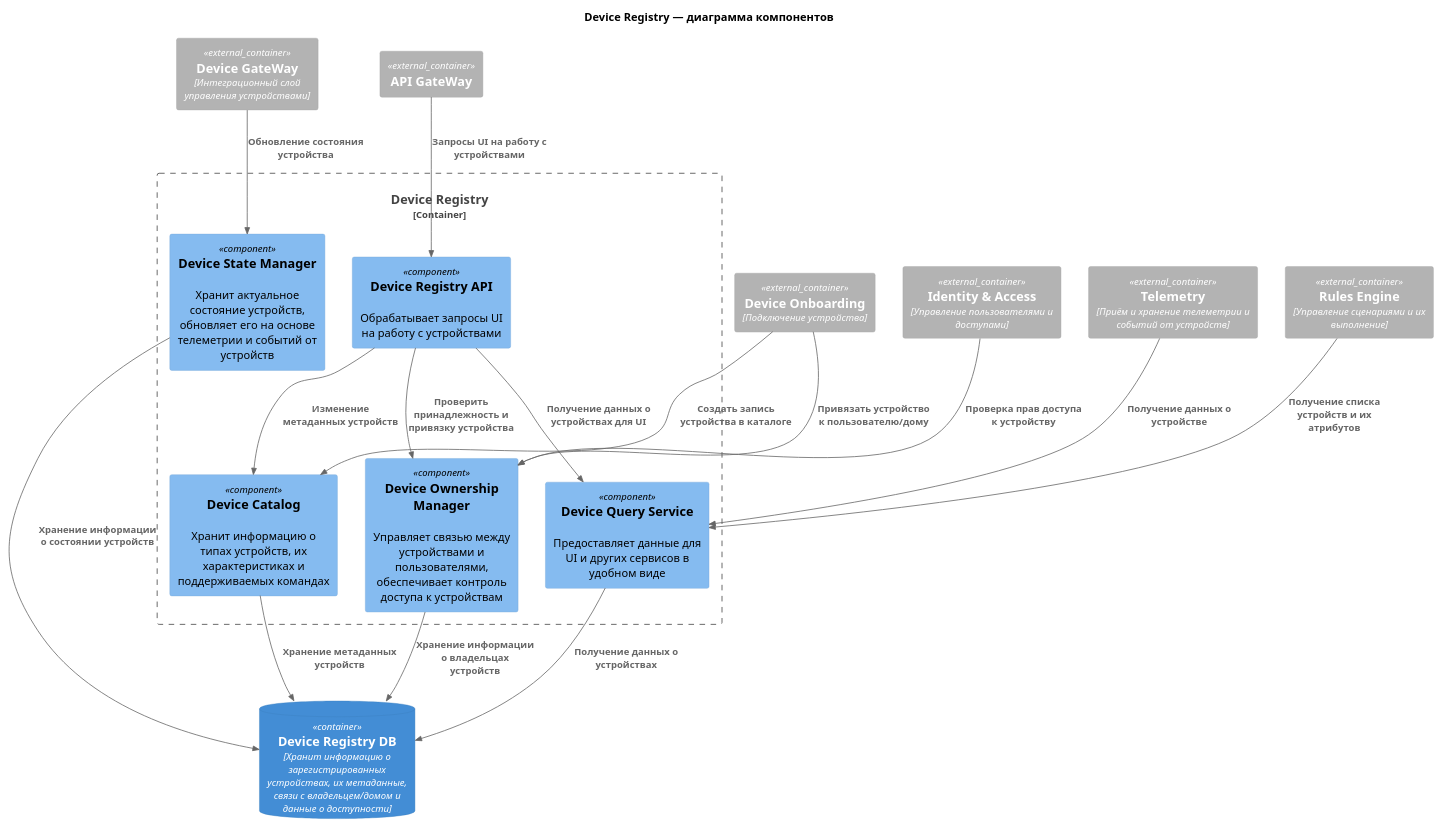
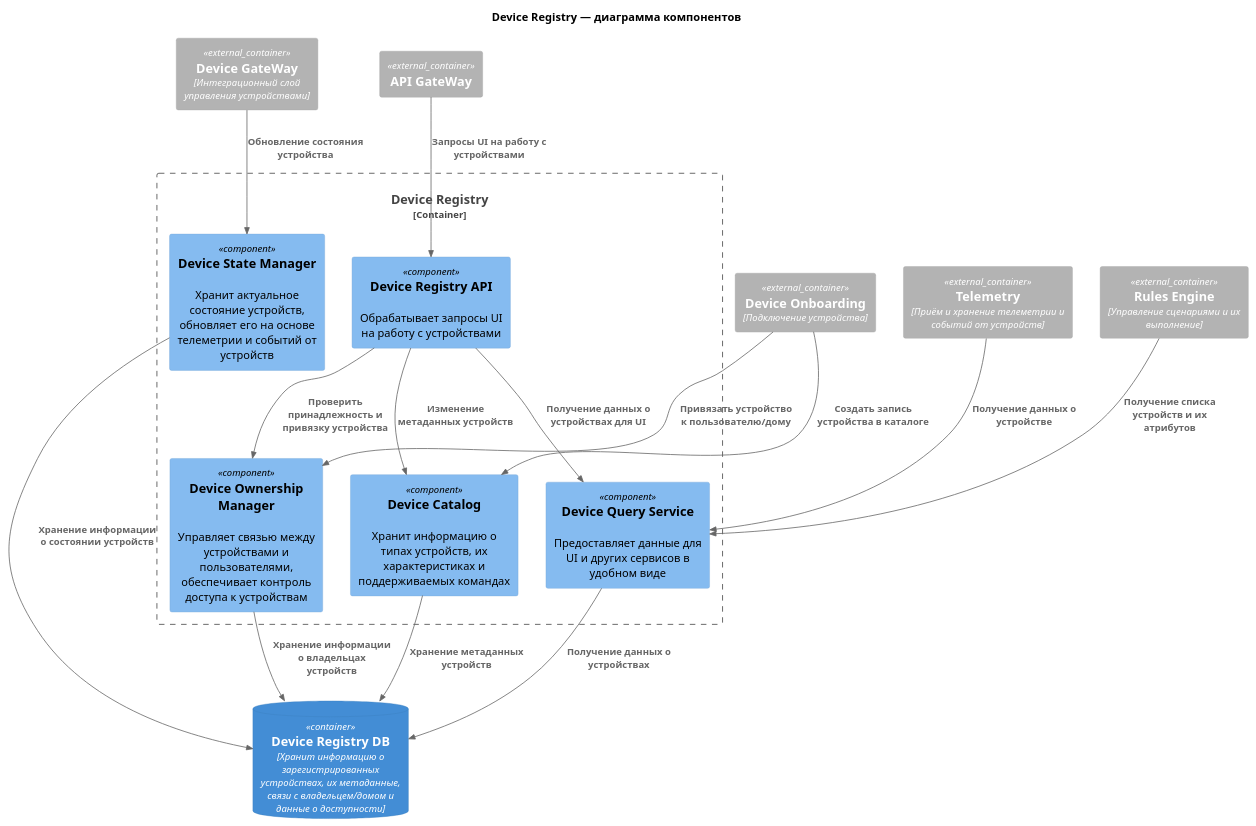
One commit to Meeluck/architecture-warmhouse changed the diagram in arch/component/device_registry_component.puml. Above: the diagram before and after it, drawn with PlantUML. The commit also changed 13 other files, not shown here.

Commit message:
reworked component diagrams

```diff
--- a/arch/component/device_registry_component.puml
+++ b/arch/component/device_registry_component.puml
@@ -1,48 +1,42 @@
 @startuml
 !include https://raw.githubusercontent.com/plantuml-stdlib/C4-PlantUML/master/C4_Component.puml
 
 title Device Registry — диаграмма компонентов
 
-' Container_Boundary(client, "Клиенты"){
 Container_Ext(gw, API GateWay)
-Container_Ext(ia,Identity & Access,Управление пользователями и доступами)
 Container_Ext(tm,Telemetry,Приём и хранение телеметрии и событий от устройств)
 Container_Ext(re, Rules Engine,Управление сценариями и их выполнение)
 Container_Ext(do,Device Onboarding,Подключение устройства)
 Container_Ext(dg,Device GateWay,Интеграционный слой управления устройствами)
-' }
-
 
 ContainerDb(db_dm_dr, Device Registry DB,"Хранит информацию о зарегистрированных устройствах, их метаданные, связи с владельцем/домом и данные о доступности")
 
 Container_Boundary(dr, Device Registry){    
     Component(api,"Device Registry API", ,"Обрабатывает запросы UI на работу с устройствами")
     Component(catalog, "Device Catalog", ,"Хранит информацию о типах устройств, их характеристиках и поддерживаемых командах")
     Component(owner, "Device Ownership Manager", ,"Управляет связью между устройствами и пользователями, обеспечивает контроль доступа к устройствам")
     Component(state, "Device State Manager", ,"Хранит актуальное состояние устройств, обновляет его на основе телеметрии и событий от устройств")
     Component(query, "Device Query Service",,"Предоставляет данные для UI и других сервисов в удобном виде")
 }
 
 Rel(gw,api,"Запросы UI на работу с устройствами")
 Rel(api,query,"Получение данных о устройствах для UI")
 Rel(api,catalog,"Изменение метаданных устройств")
 Rel(api,owner,"Проверить принадлежность и привязку устройства")
 
 Rel(do,catalog,"Создать запись устройства в каталоге")
 Rel(do,owner,"Привязать устройство к пользователю/дому")
 
 Rel(dg,state,"Обновление состояния устройства")
 
-Rel(ia,owner,"Проверка прав доступа к устройству")
-
 Rel(tm,query,"Получение данных о устройстве")
 Rel(re,query,"Получение списка устройств и их атрибутов")
 
 
 Rel(catalog,db_dm_dr,"Хранение метаданных устройств")
 Rel(owner,db_dm_dr,"Хранение информации о владельцах устройств")
 Rel(state,db_dm_dr,"Хранение информации о состоянии устройств")
 Rel(query,db_dm_dr,"Получение данных о устройствах")
 
 
 @enduml
```
